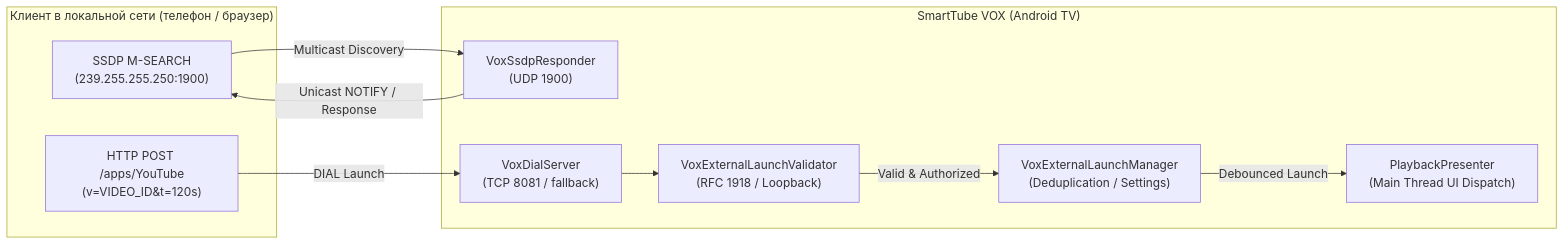
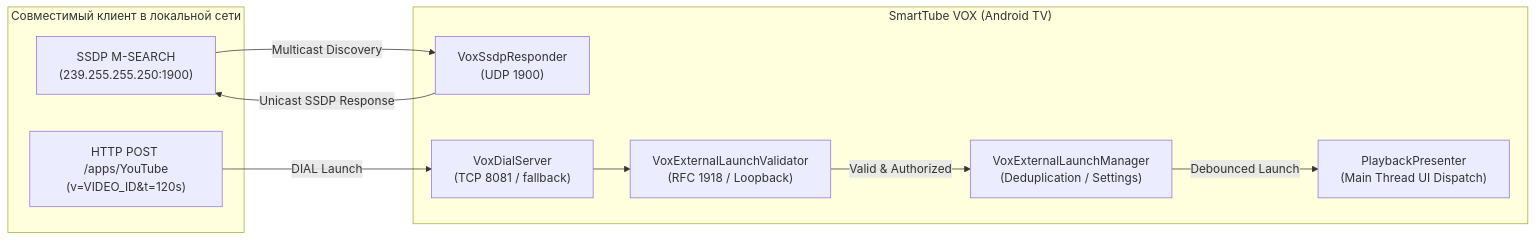
The diagram in docs/VOX5_EXTERNAL_LAUNCH.md (Kiryuhak/SmartTube-Vox), drawn with Mermaid before and after one commit. The commit also changed other lines of this file and 12 other files, not shown here.

````diff
--- a/docs/VOX5_EXTERNAL_LAUNCH.md
+++ b/docs/VOX5_EXTERNAL_LAUNCH.md
@@ -28,22 +28,22 @@
 ```mermaid
 flowchart LR
-    subgraph Client["Клиент в локальной сети (телефон / браузер)"]
+    subgraph Client["Совместимый клиент в локальной сети"]
         SSDP_M["SSDP M-SEARCH\n(239.255.255.250:1900)"]
         HTTP_POST["HTTP POST /apps/YouTube\n(v=VIDEO_ID&t=120s)"]
     end
 
     subgraph TV["SmartTube VOX (Android TV)"]
         SSDP_R["VoxSsdpResponder\n(UDP 1900)"]
         HTTP_S["VoxDialServer\n(TCP 8081 / fallback)"]
         VAL["VoxExternalLaunchValidator\n(RFC 1918 / Loopback)"]
         MGR["VoxExternalLaunchManager\n(Deduplication / Settings)"]
         PRES["PlaybackPresenter\n(Main Thread UI Dispatch)"]
     end
 
     SSDP_M -->|Multicast Discovery| SSDP_R
-    SSDP_R -->|Unicast NOTIFY / Response| SSDP_M
+    SSDP_R -->|Unicast SSDP Response| SSDP_M
     HTTP_POST -->|DIAL Launch| HTTP_S
     HTTP_S --> VAL
     VAL -->|Valid & Authorized| MGR
     MGR -->|Debounced Launch| PRES
 ```
````
